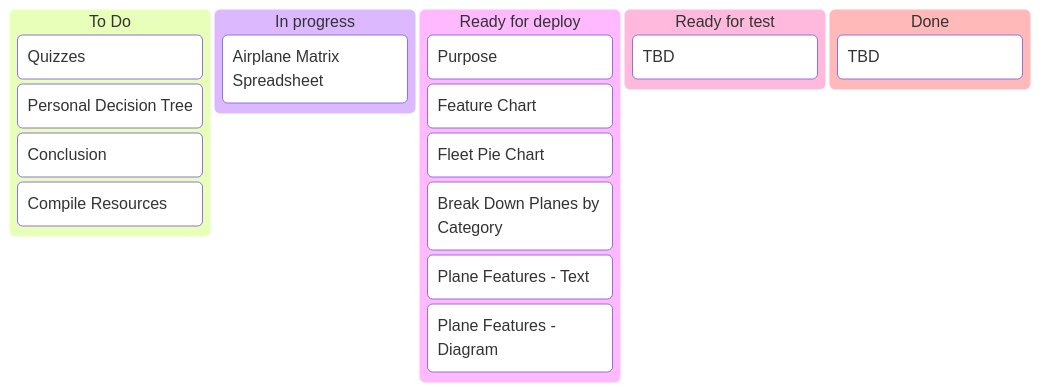
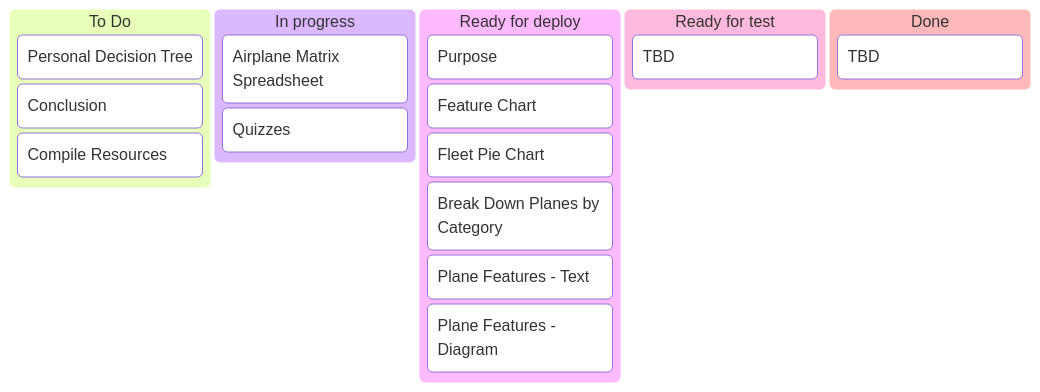
Before and after one commit to Bailey-Wu/Bailey-Wu: the first of 3 diagrams in Dashboard.md, drawn with Mermaid. The commit also changed other lines of this file, not shown here.

````diff
--- a/Dashboard.md
+++ b/Dashboard.md
@@ -8,21 +8,21 @@
 ```mermaid
 kanban
   [To Do]
-    [Quizzes]
     [Personal Decision Tree]
     [Conclusion]
     [Compile Resources]
   [In progress]
     [Airplane Matrix Spreadsheet]
+    [Quizzes]
   [Ready for deploy]
     [Purpose]
     [Feature Chart]
     [Fleet Pie Chart]
     [Break Down Planes by Category]
     [Plane Features - Text]
     [Plane Features - Diagram]
   [Ready for test]
     [TBD]
   [Done]
     [TBD]
 ```
````
